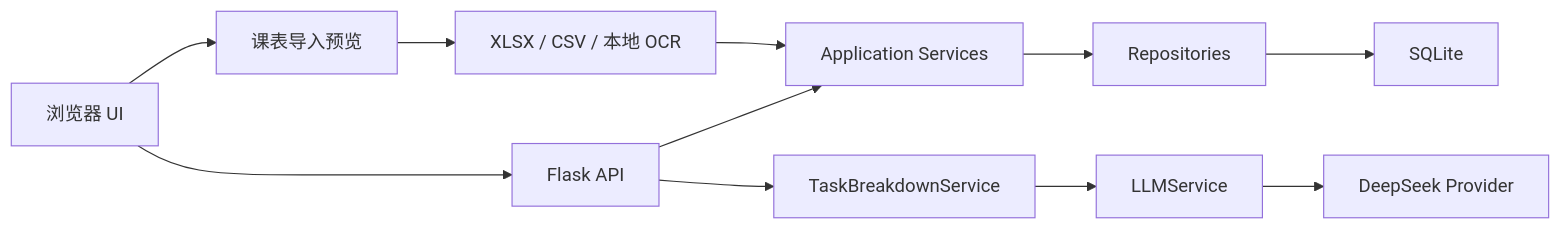
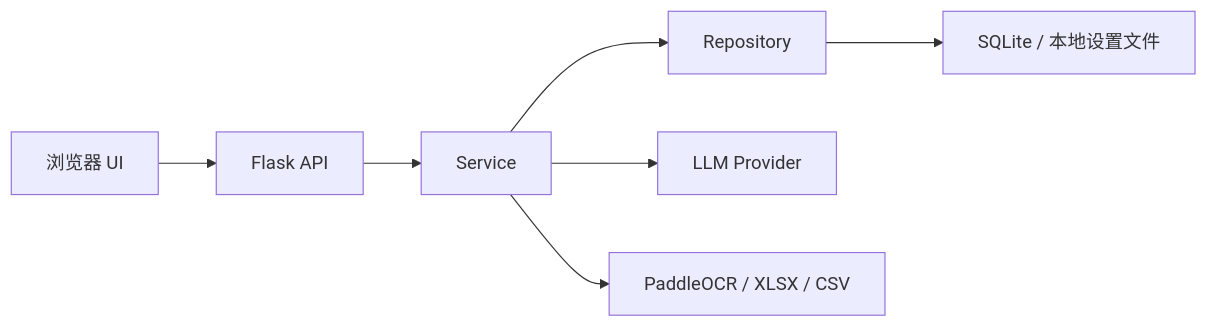
The diagram in README.md (coronaBorealis/Yantu), drawn with Mermaid before and after one commit. The commit also changed other lines of this file and 1 other file, not shown here.

````diff
--- a/README.md
+++ b/README.md
@@ -34,13 +193,9 @@
 ```mermaid
 flowchart LR
     UI["浏览器 UI"] --> API["Flask API"]
-    API --> SERVICE["Application Services"]
-    SERVICE --> REPOSITORY["Repositories"]
-    REPOSITORY --> DB["SQLite"]
-    UI --> IMPORT["课表导入预览"]
-    IMPORT --> PARSER["XLSX / CSV / 本地 OCR"]
-    PARSER --> SERVICE
-    API --> AI_SERVICE["TaskBreakdownService"]
-    AI_SERVICE --> LLM["LLMService"]
-    LLM --> PROVIDER["DeepSeek Provider"]
+    API --> SERVICE["Service"]
+    SERVICE --> REPOSITORY["Repository"]
+    REPOSITORY --> DB["SQLite / 本地设置文件"]
+    SERVICE --> AI["LLM Provider"]
+    SERVICE --> OCR["PaddleOCR / XLSX / CSV"]
 ```
````
